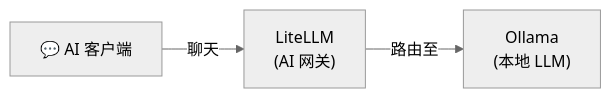
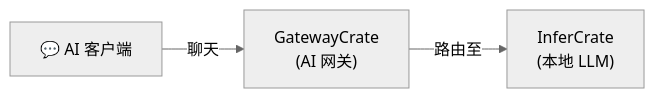
One commit to hwdsl2/self-hosted-ai-stack changed the diagram in stacks/chat-only/README-zh.md. Above: the diagram before and after it, drawn with Mermaid (neutral theme). The commit also changed other lines of this file and 47 other files, not shown here.

````diff
--- a/stacks/chat-only/README-zh.md
+++ b/stacks/chat-only/README-zh.md
@@ -17,5 +17,5 @@
 ```mermaid
 graph LR
-    C["💬 AI 客户端"] -->|聊天| L["LiteLLM<br/>(AI 网关)"]
-    L -->|路由至| O["Ollama<br/>(本地 LLM)"]
+    C["💬 AI 客户端"] -->|聊天| L["GatewayCrate<br/>(AI 网关)"]
+    L -->|路由至| O["InferCrate<br/>(本地 LLM)"]
 ```
````
